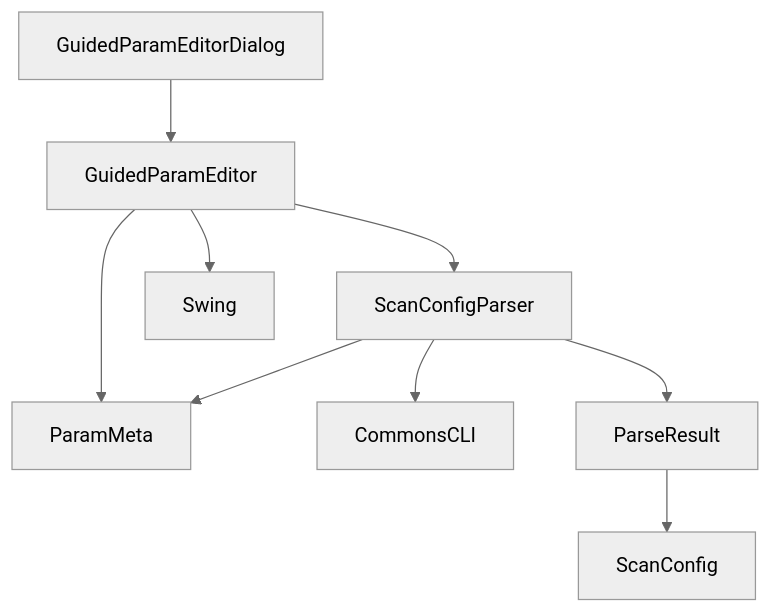
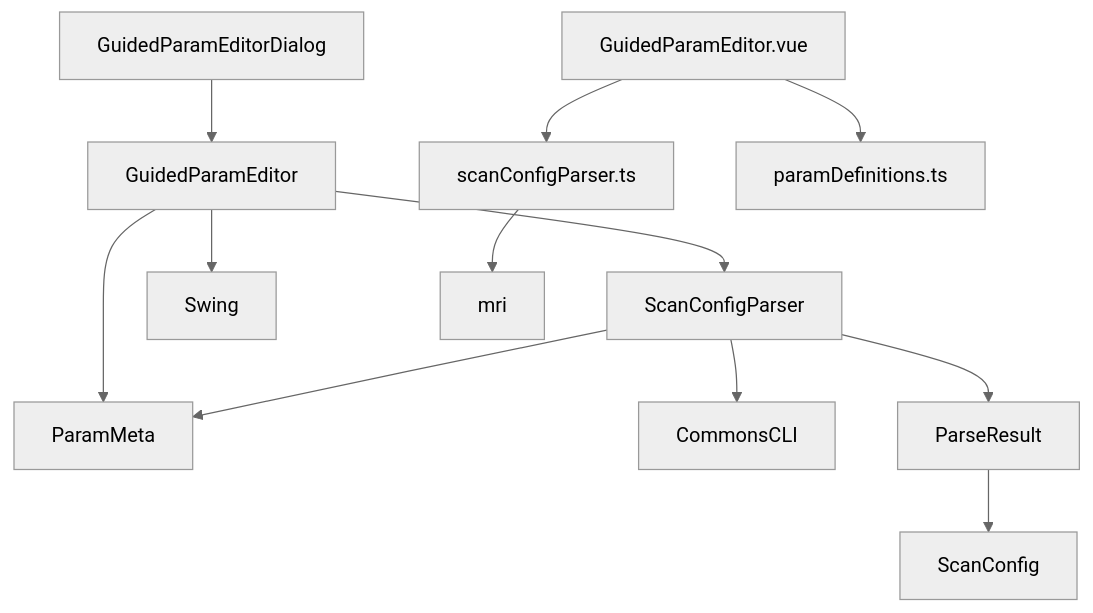
The sixth of 6 diagrams in .qoder/repowiki/zh/content/业务逻辑层/引导式参数编辑器.md (GitHubNull/sqlmapWebUI), drawn with Mermaid (neutral theme) before and after one commit. The commit also changed other lines of this file and 9 other files, not shown here.

````diff
--- a/.qoder/repowiki/zh/content/业务逻辑层/引导式参数编辑器.md
+++ b/.qoder/repowiki/zh/content/业务逻辑层/引导式参数编辑器.md
@@ -268,11 +349,14 @@
 ```mermaid
 graph TD
 GuidedParamEditor --> ScanConfigParser
 GuidedParamEditor --> ParamMeta
 GuidedParamEditor --> Swing
 GuidedParamEditorDialog --> GuidedParamEditor
 ScanConfigParser --> CommonsCLI
 ScanConfigParser --> ParamMeta
 ScanConfigParser --> ParseResult
 ParseResult --> ScanConfig
+GuidedParamEditor.vue --> scanConfigParser.ts
+GuidedParamEditor.vue --> paramDefinitions.ts
+scanConfigParser.ts --> mri
 ```
````
